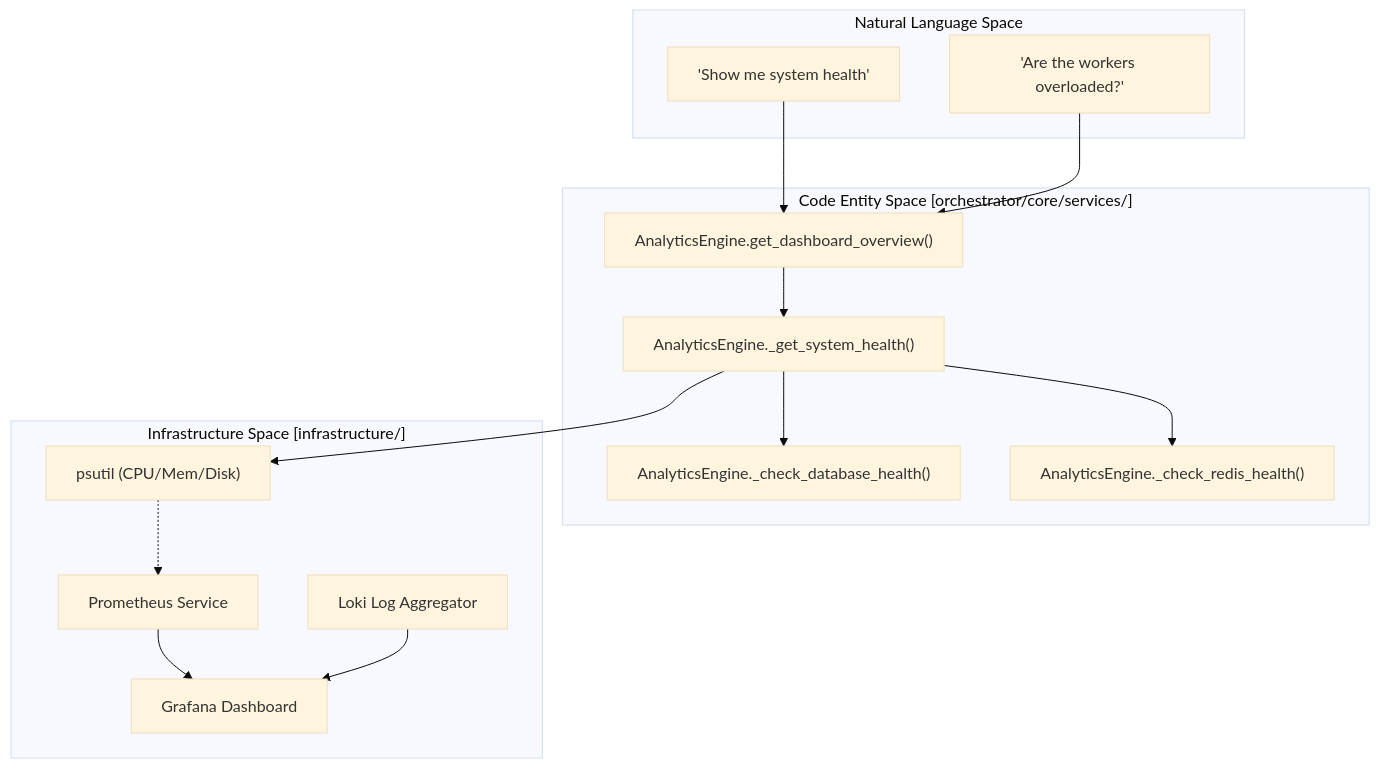
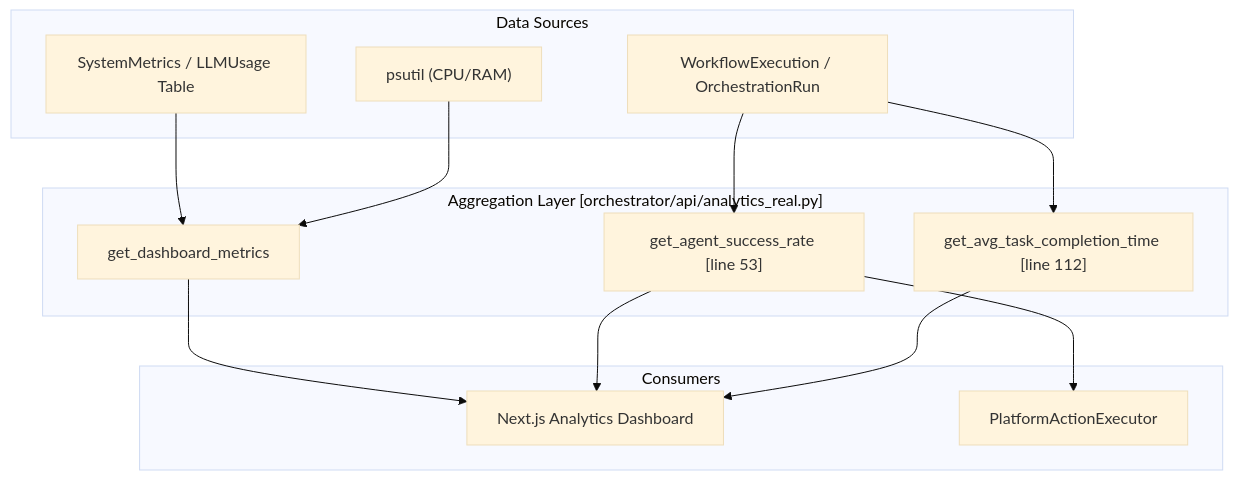
Before and after one commit to AutomatosAI/automatos-ai: the first of 2 diagrams in docs/analytics-monitoring/system-health-monitoring.md, drawn with Mermaid (base theme). The commit also changed other lines of this file and 153 other files, not shown here.

````diff
--- a/docs/analytics-monitoring/system-health-monitoring.md
+++ b/docs/analytics-monitoring/system-health-monitoring.md
@@ -57,32 +40,30 @@
 ```mermaid
-graph TD
-    subgraph "Natural Language Space"
-        UserReq["'Show me system health'"]
-        AdminReq["'Are the workers overloaded?'"]
+graph TB
+    subgraph "Data Sources"
+        DB_Metrics["SystemMetrics / LLMUsage Table"]
+        OS_Stats["psutil (CPU/RAM)"]
+        Exec_Logs["WorkflowExecution / OrchestrationRun"]
     end
 
-    subgraph "Code Entity Space [orchestrator/core/services/]"
-        Analytics["AnalyticsEngine.get_dashboard_overview()"]
-        HealthCheck["AnalyticsEngine._get_system_health()"]
-        DBCheck["AnalyticsEngine._check_database_health()"]
-        RedisCheck["AnalyticsEngine._check_redis_health()"]
+    subgraph "Aggregation Layer [orchestrator/api/analytics_real.py]"
+        SuccessCalc["get_agent_success_rate [line 53]"]
+        TimeCalc["get_avg_task_completion_time [line 112]"]
+        ResourceCalc["get_dashboard_metrics"]
+    end
+    
+    subgraph "Consumers"
+        DashboardUI["Next.js Analytics Dashboard"]
+        AgentIntrospect["PlatformActionExecutor"]
     end
 
-    subgraph "Infrastructure Space [infrastructure/]"
-        PSUtil["psutil (CPU/Mem/Disk)"]
-        PromSvc["Prometheus Service"]
-        GrafanaSvc["Grafana Dashboard"]
-        LokiSvc["Loki Log Aggregator"]
-    end
-
-    UserReq --> Analytics
-    AdminReq --> Analytics
-    Analytics --> HealthCheck
-    HealthCheck --> DBCheck
-    HealthCheck --> RedisCheck
-    HealthCheck --> PSUtil
+    DB_Metrics --> ResourceCalc
+    OS_Stats --> ResourceCalc
+    Exec_Logs --> SuccessCalc
+    Exec_Logs --> TimeCalc
     
-    PSUtil -.-> PromSvc
-    PromSvc --> GrafanaSvc
-    LokiSvc --> GrafanaSvc
+    ResourceCalc --> DashboardUI
+    SuccessCalc --> DashboardUI
+    TimeCalc --> DashboardUI
+    
+    SuccessCalc --> AgentIntrospect
 ```
````
